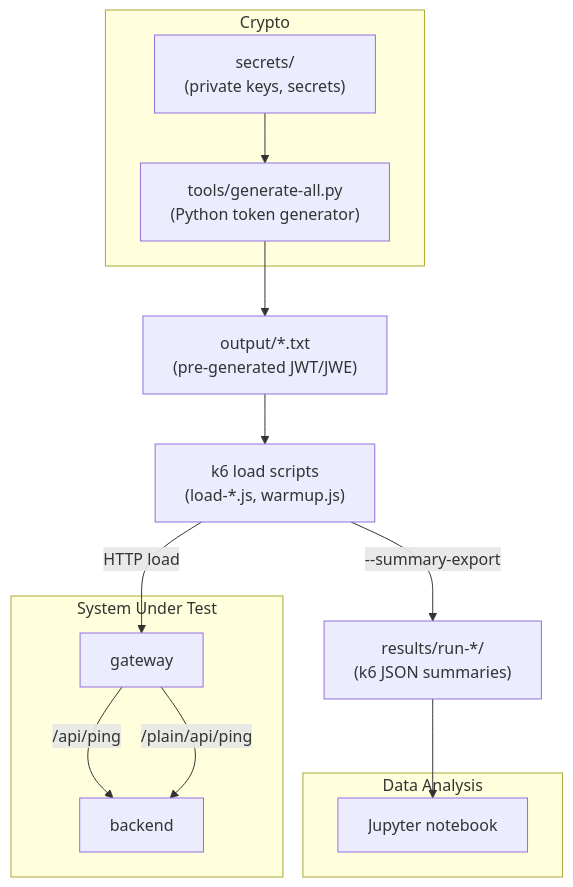
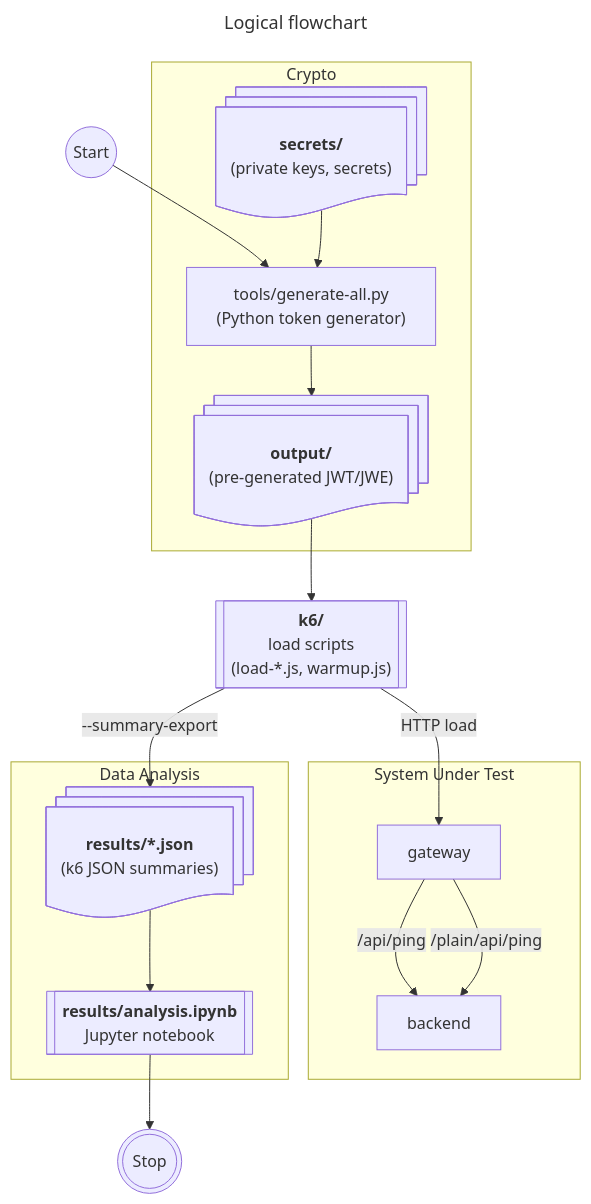
The diagram in README.md (danilkiff/jwt-performance), drawn with Mermaid before and after one commit.

Commit message:
Redraw flowchart

````diff
--- a/README.md
+++ b/README.md
@@ -8,33 +6,46 @@
 ```mermaid
+---
+title: Logical flowchart
+---
+
 flowchart
+
+    START@{ shape: circle, label: "Start" }
+    STOP@{ shape: dbl-circ, label: "Stop" }
 
     subgraph SUT["System Under Test"]
         GW["gateway"]
         BE["backend"]
     end
 
     subgraph Crypto["Crypto"]
-        TG["tools/generate-all.py <br> (Python token generator)"]
-        SECRETS["secrets/         <br> (private keys, secrets)"]
+        TOOLS["tools/generate-all.py <br> (Python token generator)"]
+        SECRETS@{ shape: docs, label: "**secrets/** <br>(private keys, secrets)"}
+        
+        OUTPUT@{ shape: docs, label: "**output/** <br>(pre-generated JWT/JWE)"}
     end
 
-    OUTPUT["output/*.txt      <br> (pre-generated JWT/JWE)"]
-    K6["k6 load scripts       <br> (load-*.js, warmup.js)"]
-    RESULTS["results/run-*/   <br> (k6 JSON summaries)"]
+    K6@{ shape: subproc, label: "**k6/** <br> load scripts <br> (load-*.js, warmup.js)" }
     
     subgraph DS["Data Analysis"]
-        NB["Jupyter notebook"]
+        RESULTS@{ shape: docs, label: "**results/*.json** <br>(k6 JSON summaries)"}
+
+        NB@{ shape: subproc, label: "**results/analysis.ipynb** <br> Jupyter notebook" }
     end
+
+    START --> TOOLS
     
-    SECRETS --> TG 
-    TG --> OUTPUT
+    SECRETS --> TOOLS 
+    TOOLS --> OUTPUT
 
     OUTPUT --> K6
     K6 -->|HTTP load| GW
 
     GW -->|/api/ping| BE
     GW -->|/plain/api/ping| BE
 
     K6 -->|--summary-export| RESULTS
     RESULTS --> NB
+
+    NB --> STOP
 ```
````
